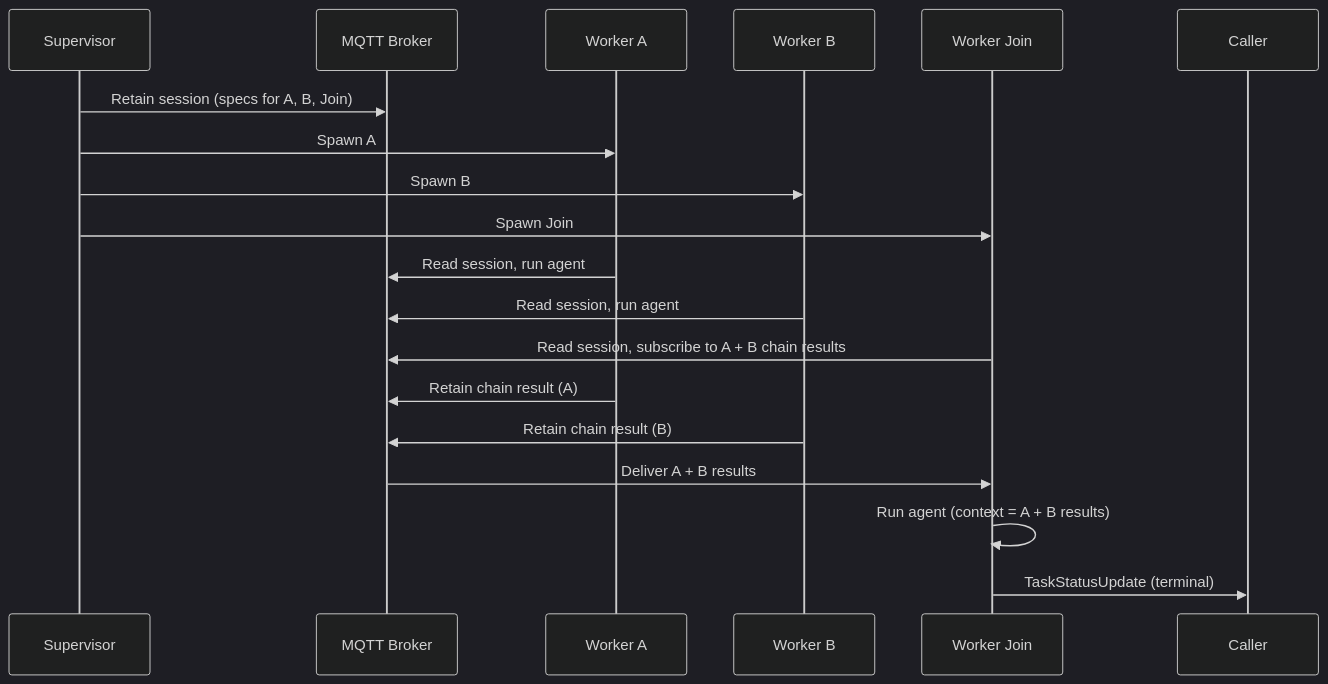
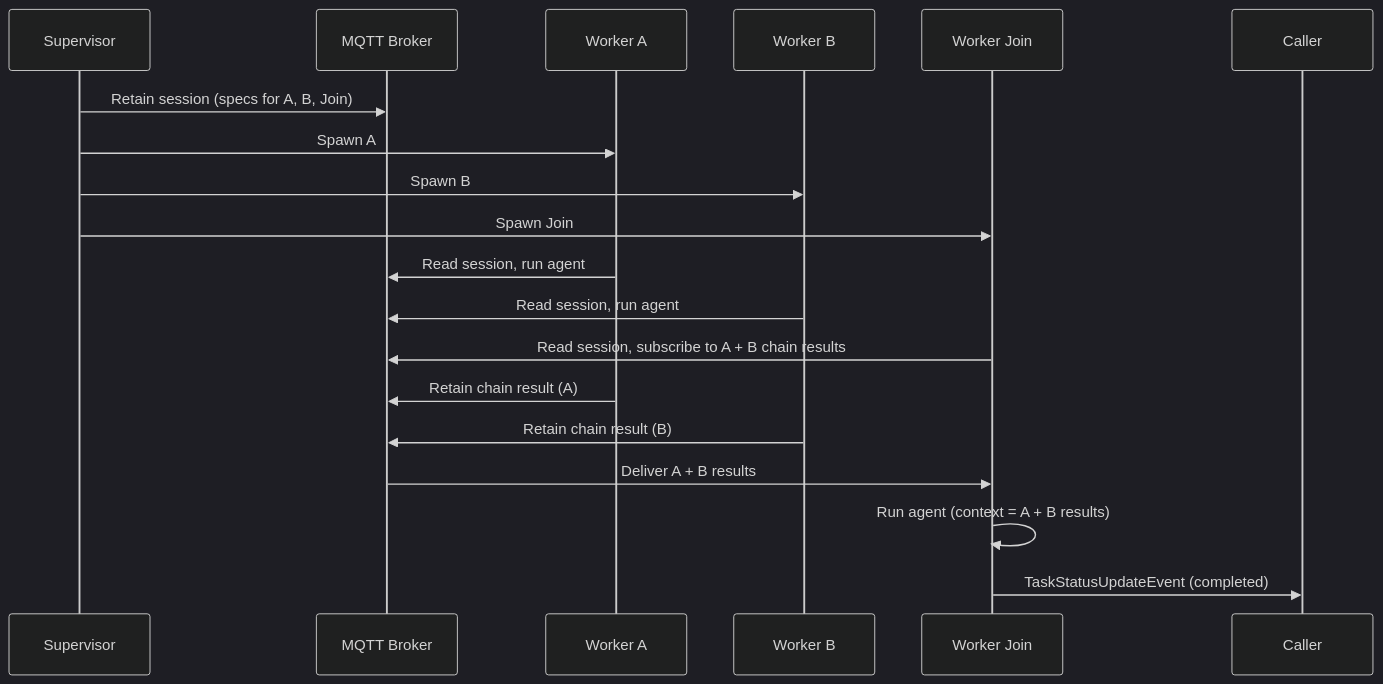
One commit to id/skitter changed the third of 3 diagrams in docs/architecture.md. Above: the diagram before and after it, drawn with Mermaid (dark theme). The commit also changed other lines of this file and 12 other files, not shown here.

````diff
--- a/docs/architecture.md
+++ b/docs/architecture.md
@@ -91,21 +91,21 @@
 ```mermaid
 sequenceDiagram
     participant S as Supervisor
     participant B as MQTT Broker
     participant WA as Worker A
     participant WB as Worker B
     participant WJ as Worker Join
 
     S->>B: Retain session (specs for A, B, Join)
     S->>WA: Spawn A
     S->>WB: Spawn B
     S->>WJ: Spawn Join
     WA->>B: Read session, run agent
     WB->>B: Read session, run agent
     WJ->>B: Read session, subscribe to A + B chain results
     WA->>B: Retain chain result (A)
     WB->>B: Retain chain result (B)
     B->>WJ: Deliver A + B results
     WJ->>WJ: Run agent (context = A + B results)
-    WJ->>Caller: TaskStatusUpdate (terminal)
+    WJ->>Caller: TaskStatusUpdateEvent (completed)
 ```
````
